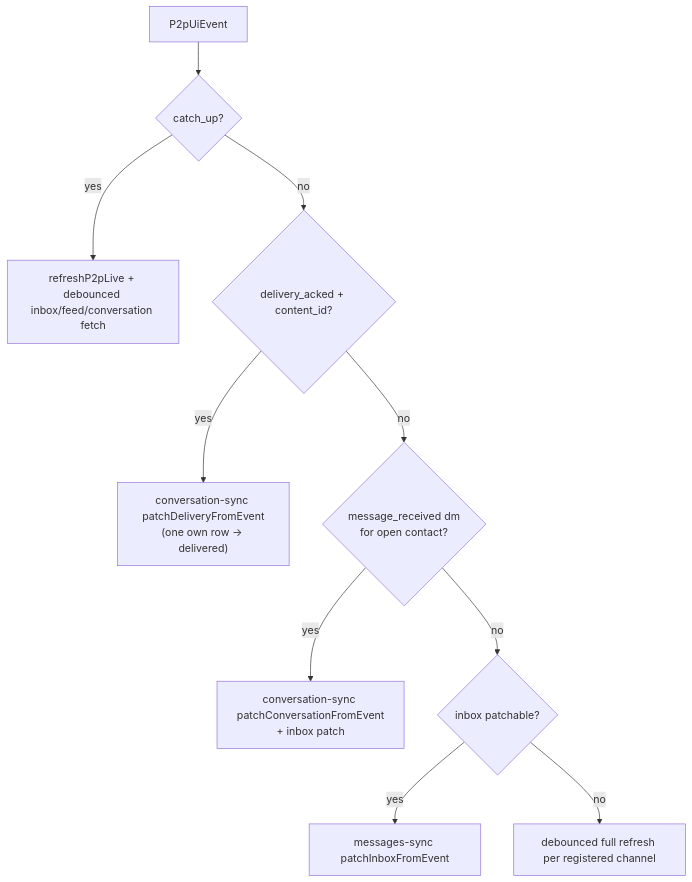
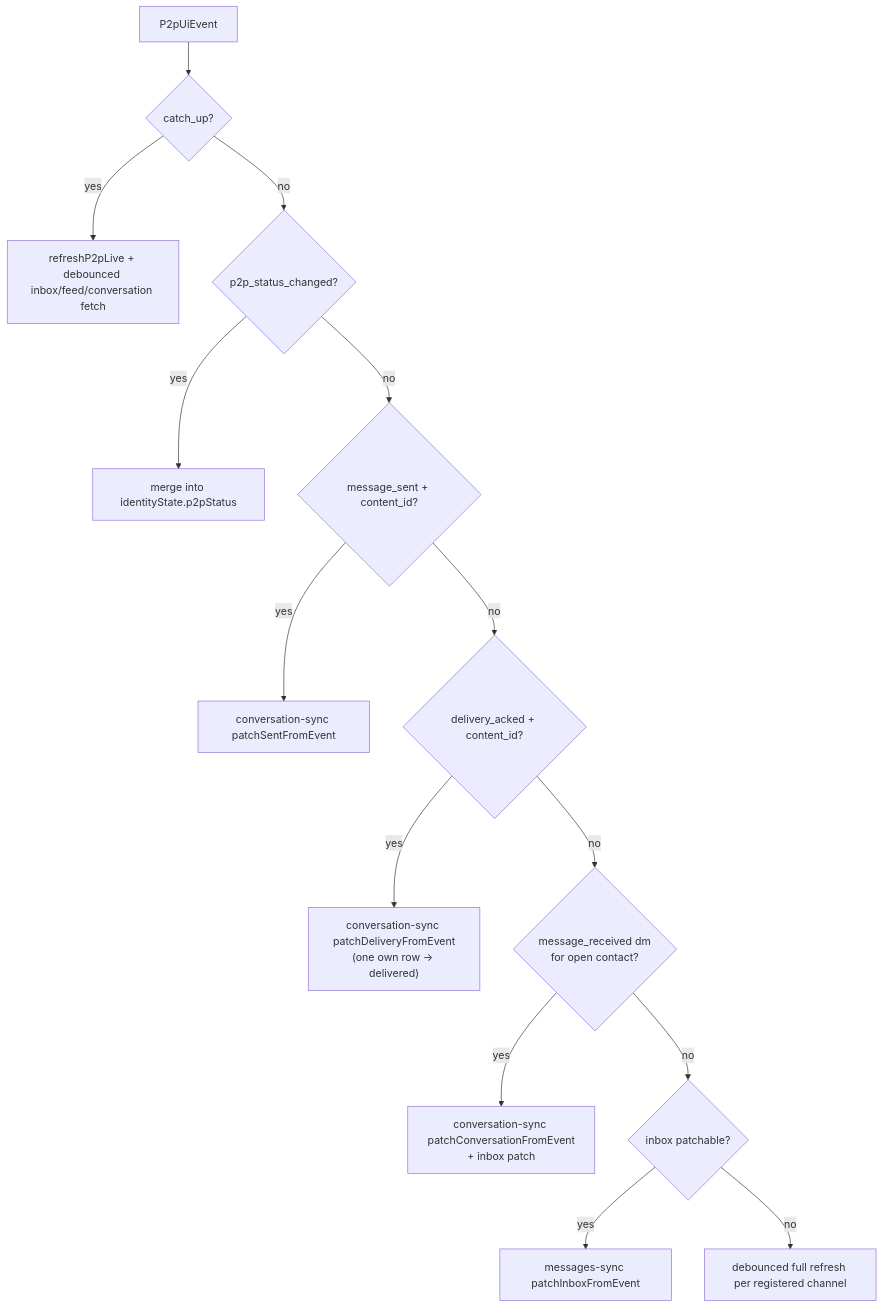
The second of 5 diagrams in docs/LIVE-SYNC.md (iagolavor/inertia), drawn with Mermaid before and after one commit. The commit also changed other lines of this file and 12 other files, not shown here.

First line of the commit message:
Add message_sent and p2p_status_changed SSE for live UI sync.

````diff
--- a/docs/LIVE-SYNC.md
+++ b/docs/LIVE-SYNC.md
@@ -84,13 +84,17 @@
 ```mermaid
 flowchart TD
   E["P2pUiEvent"]
   E --> CATCH{"catch_up?"}
   CATCH -->|yes| REFETCH["refreshP2pLive + debounced inbox/feed/conversation fetch"]
-  CATCH -->|no| DEL{"delivery_acked + content_id?"}
+  CATCH -->|no| STATUS{"p2p_status_changed?"}
+  STATUS -->|yes| P2P["merge into identityState.p2pStatus"]
+  STATUS -->|no| SENT{"message_sent + content_id?"}
+  SENT -->|yes| STICK["conversation-sync patchSentFromEvent"]
+  SENT -->|no| DEL{"delivery_acked + content_id?"}
   DEL -->|yes| DTICK["conversation-sync patchDeliveryFromEvent\n(one own row -> delivered)"]
   DEL -->|no| DM{"message_received dm\nfor open contact?"}
   DM -->|yes| CPATCH["conversation-sync patchConversationFromEvent\n+ inbox patch"]
   DM -->|no| INBOX{"inbox patchable?"}
   INBOX -->|yes| IPATCH["messages-sync patchInboxFromEvent"]
   INBOX -->|no| FALLBACK["debounced full refresh per registered channel"]
 ```
````
